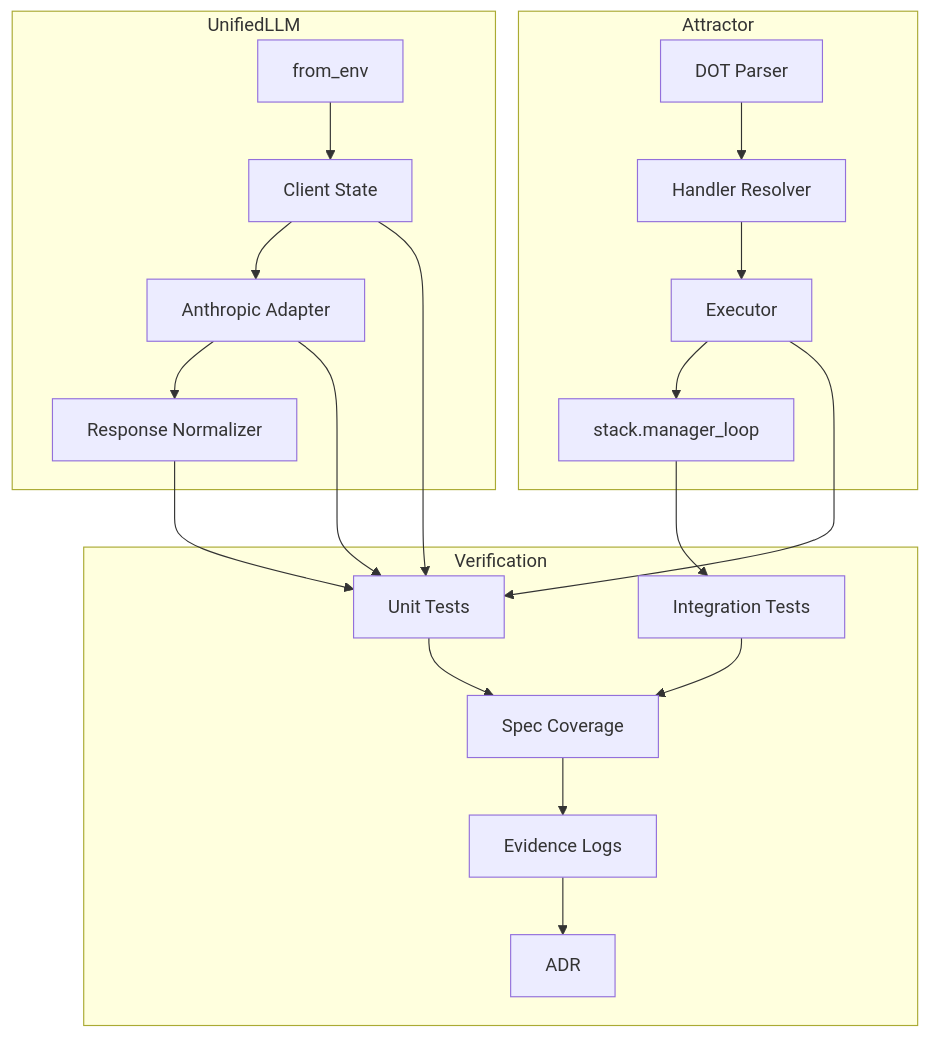
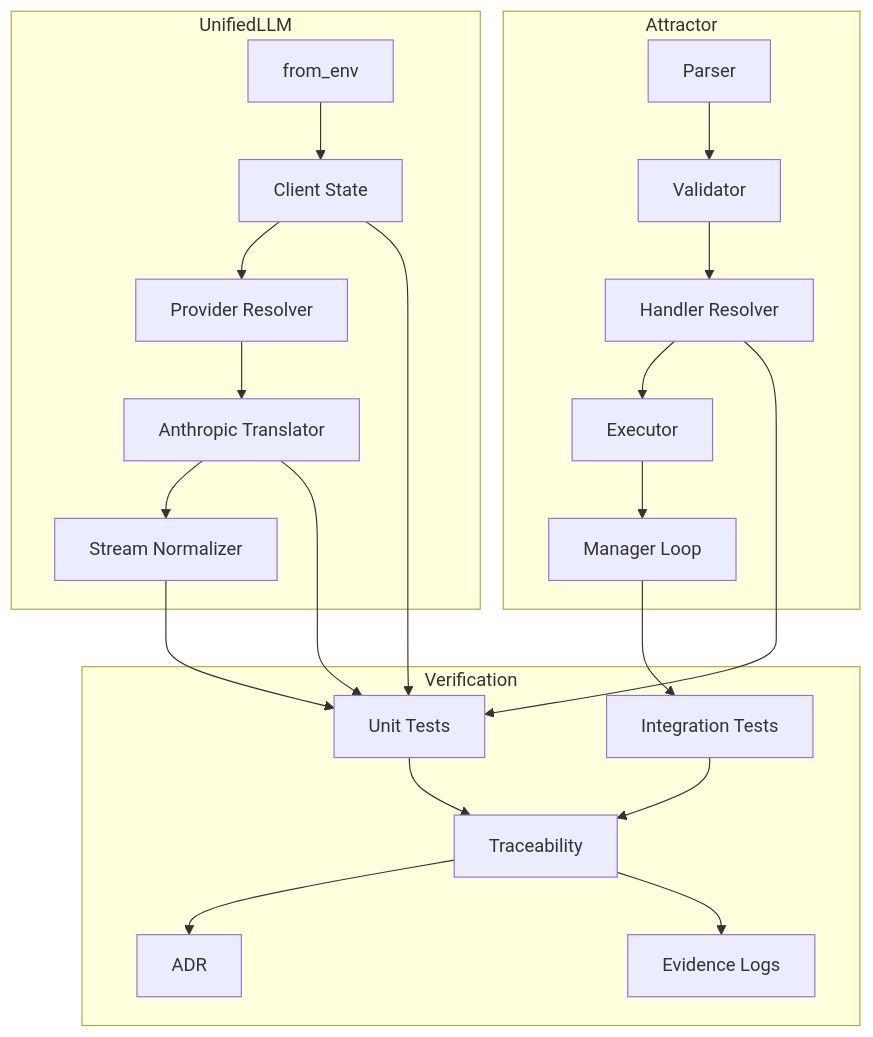
Before and after one commit to jaytaylor/attractor-tcl: the fifth of 5 diagrams in docs/sprints/SPRINT-006-nlspec-adherence-gap-closure.md, drawn with Mermaid. The commit also changed other lines of this file, not shown here.

````diff
--- a/docs/sprints/SPRINT-006-nlspec-adherence-gap-closure.md
+++ b/docs/sprints/SPRINT-006-nlspec-adherence-gap-closure.md
@@ -769,36 +578,38 @@
 ```mermaid
 flowchart TB
   subgraph Attractor
-    A1[DOT Parser]
-    A2[Handler Resolver]
-    A3[Executor]
-    A4[stack.manager_loop]
+    A1[Parser]
+    A2[Validator]
+    A3[Handler Resolver]
+    A4[Executor]
+    A5[Manager Loop]
   end
 
   subgraph UnifiedLLM
     U1[from_env]
     U2[Client State]
-    U3[Anthropic Adapter]
-    U4[Response Normalizer]
+    U3[Provider Resolver]
+    U4[Anthropic Translator]
+    U5[Stream Normalizer]
   end
 
   subgraph Verification
     V1[Unit Tests]
     V2[Integration Tests]
-    V3[Spec Coverage]
-    V4[Evidence Logs]
-    V5[ADR]
+    V3[Traceability]
+    V4[ADR]
+    V5[Evidence Logs]
   end
 
-  A1 --> A2 --> A3 --> A4
-  U1 --> U2 --> U3 --> U4
+  A1 --> A2 --> A3 --> A4 --> A5
+  U1 --> U2 --> U3 --> U4 --> U5
   A3 --> V1
-  A4 --> V2
+  A5 --> V2
   U2 --> V1
-  U3 --> V1
   U4 --> V1
+  U5 --> V1
   V1 --> V3
   V2 --> V3
   V3 --> V4
-  V4 --> V5
+  V3 --> V5
 ```
````
